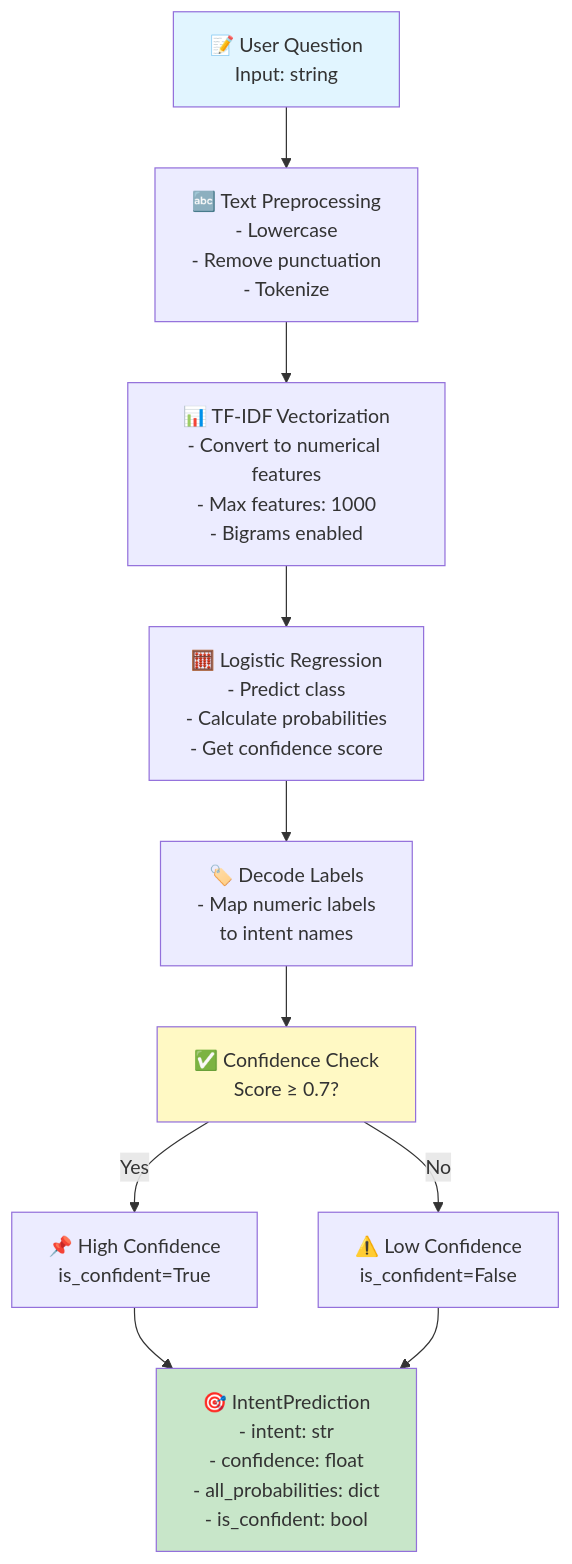
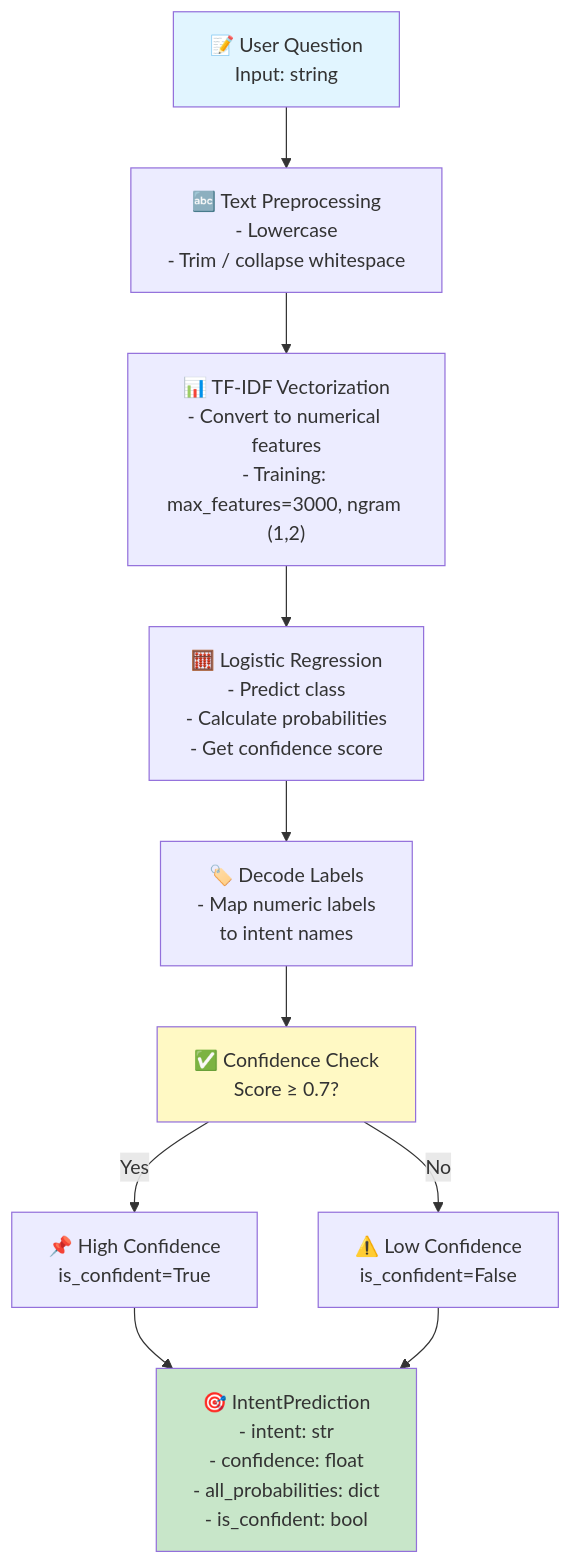
Before and after one commit to aa10222147-spec/chatbot-psb: the second of 15 diagrams in doc/DATA_FLOW.md, drawn with Mermaid. The commit also changed 18 other files, not shown here.

Commit message:
docs: restructure documentation and add prompt guard and knowledge base schemas

````diff
--- a/doc/DATA_FLOW.md
+++ b/doc/DATA_FLOW.md
@@ -59,28 +59,28 @@
 ```mermaid
 flowchart TD
     A["📝 User Question<br/>Input: string"] 
     
-    B["🔤 Text Preprocessing<br/>- Lowercase<br/>- Remove punctuation<br/>- Tokenize"]
+    B["🔤 Text Preprocessing<br/>- Lowercase<br/>- Trim / collapse whitespace"]
     
-    C["📊 TF-IDF Vectorization<br/>- Convert to numerical features<br/>- Max features: 1000<br/>- Bigrams enabled"]
+    C["📊 TF-IDF Vectorization<br/>- Convert to numerical features<br/>- Training: max_features=3000, ngram (1,2)"]
     
     D["🧮 Logistic Regression<br/>- Predict class<br/>- Calculate probabilities<br/>- Get confidence score"]
     
     E["🏷️ Decode Labels<br/>- Map numeric labels<br/>to intent names"]
     
     F["✅ Confidence Check<br/>Score ≥ 0.7?"]
     
     G["📌 High Confidence<br/>is_confident=True"]
     
     H["⚠️ Low Confidence<br/>is_confident=False"]
     
     I["🎯 IntentPrediction<br/>- intent: str<br/>- confidence: float<br/>- all_probabilities: dict<br/>- is_confident: bool"]
     
     A --> B --> C --> D --> E --> F
     F -->|Yes| G --> I
     F -->|No| H --> I
     
     style A fill:#e1f5ff
     style I fill:#c8e6c9
     style F fill:#fff9c4
 ```
````
